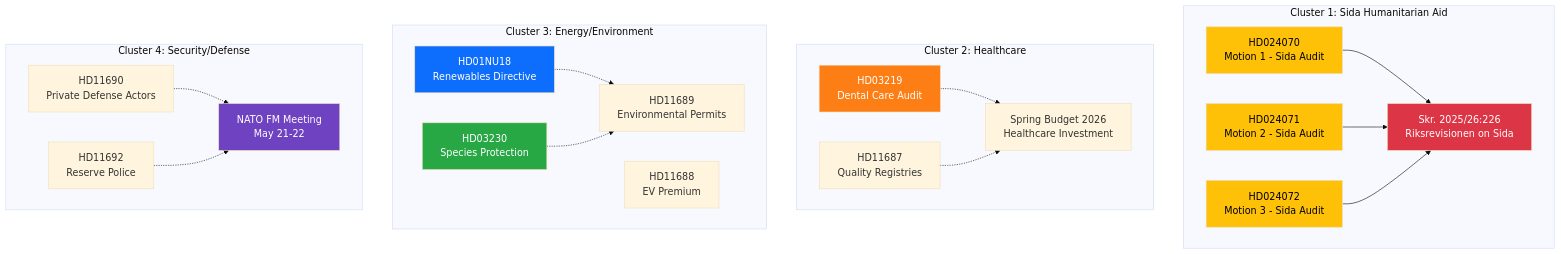
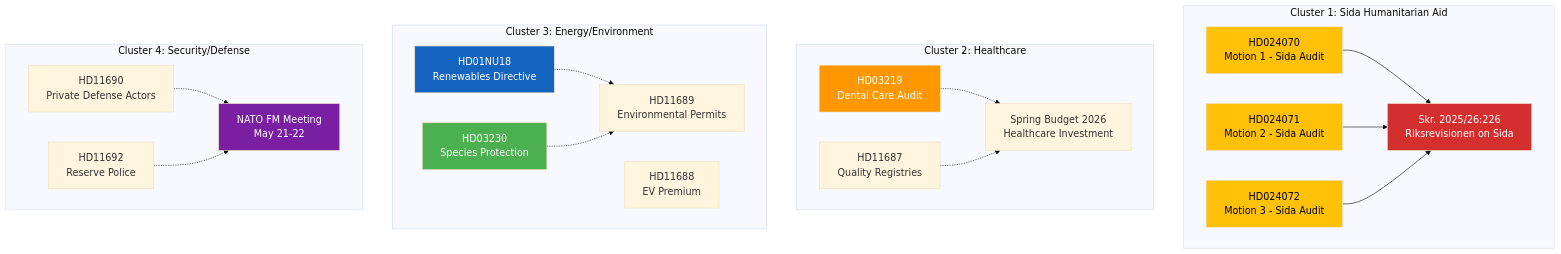
One commit to Hack23/riksdagsmonitor changed the diagram in analysis/daily/2026-04-08/evening-analysis-2/cross-reference-map.md. Above: the diagram before and after it, drawn with Mermaid (base theme). The commit also changed 785 other files, not shown here.

First line of the commit message:
Normalize mermaid colors across 786 analysis artifacts to ISMS Style Guide palette

````diff
--- a/analysis/daily/2026-04-08/evening-analysis-2/cross-reference-map.md
+++ b/analysis/daily/2026-04-08/evening-analysis-2/cross-reference-map.md
@@ -11,46 +11,46 @@
 ```mermaid
 graph TD
     subgraph "Cluster 1: Sida Humanitarian Aid"
         HD024070["HD024070<br/>Motion 1 - Sida Audit"]
         HD024071["HD024071<br/>Motion 2 - Sida Audit"]
         HD024072["HD024072<br/>Motion 3 - Sida Audit"]
         SKR226["Skr. 2025/26:226<br/>Riksrevisionen on Sida"]
     end
     HD024070 --> SKR226
     HD024071 --> SKR226
     HD024072 --> SKR226
 
     subgraph "Cluster 2: Healthcare"
         HD03219["HD03219<br/>Dental Care Audit"]
         HD11687["HD11687<br/>Quality Registries"]
         BUDGET["Spring Budget 2026<br/>Healthcare Investment"]
     end
     HD03219 -.-> BUDGET
     HD11687 -.-> BUDGET
 
     subgraph "Cluster 3: Energy/Environment"
         HD01NU18["HD01NU18<br/>Renewables Directive"]
         HD03230["HD03230<br/>Species Protection"]
         HD11688["HD11688<br/>EV Premium"]
         HD11689["HD11689<br/>Environmental Permits"]
     end
     HD01NU18 -.-> HD11689
     HD03230 -.-> HD11689
 
     subgraph "Cluster 4: Security/Defense"
         HD11690["HD11690<br/>Private Defense Actors"]
         HD11692["HD11692<br/>Reserve Police"]
         NATO["NATO FM Meeting<br/>May 21-22"]
     end
     HD11690 -.-> NATO
     HD11692 -.-> NATO
 
-    style HD024070 fill:#ffc107,color:#000
-    style HD024071 fill:#ffc107,color:#000
-    style HD024072 fill:#ffc107,color:#000
-    style SKR226 fill:#dc3545,color:#fff
-    style HD01NU18 fill:#0d6efd,color:#fff
-    style HD03230 fill:#28a745,color:#fff
-    style HD03219 fill:#fd7e14,color:#fff
-    style NATO fill:#6f42c1,color:#fff
+    style HD024070 fill:#FFC107,color:#000000
+    style HD024071 fill:#FFC107,color:#000000
+    style HD024072 fill:#FFC107,color:#000000
+    style SKR226 fill:#D32F2F,color:#FFFFFF
+    style HD01NU18 fill:#1565C0,color:#FFFFFF
+    style HD03230 fill:#4CAF50,color:#FFFFFF
+    style HD03219 fill:#FF9800,color:#FFFFFF
+    style NATO fill:#7B1FA2,color:#FFFFFF
 ```
````
